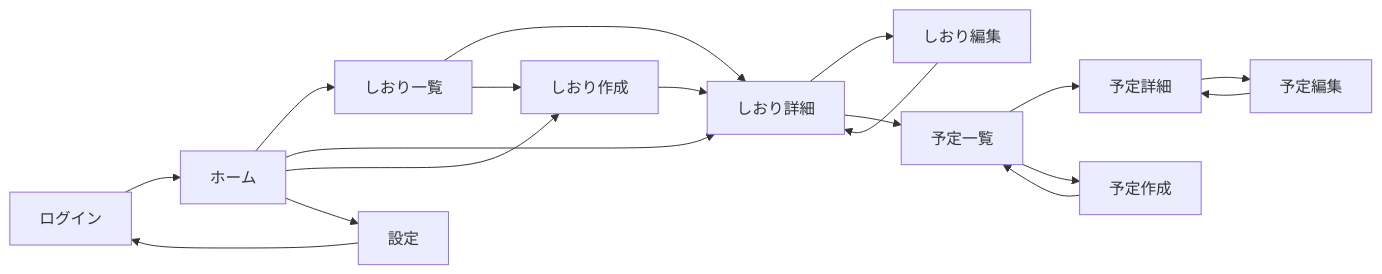
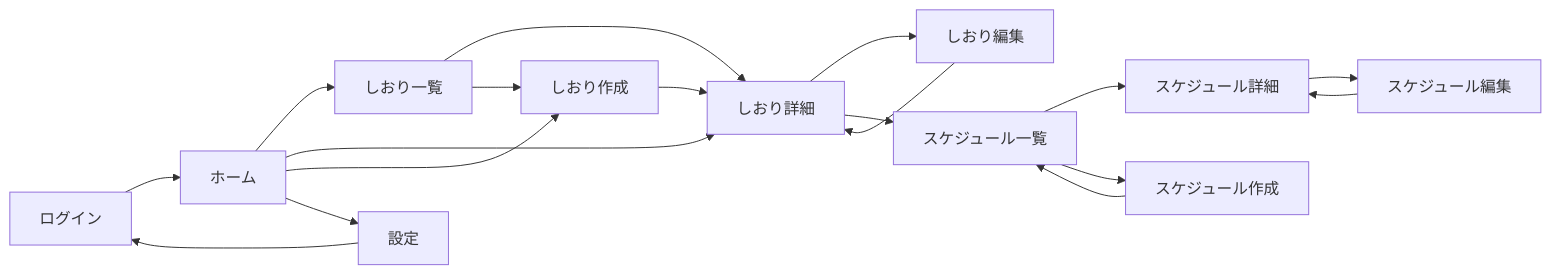
One commit to yjn279/shiori changed the diagram in docs/screen-requirements.md. Above: the diagram before and after it, drawn with Mermaid. The commit also changed other lines of this file and 3 other files, not shown here.

````diff
--- a/docs/screen-requirements.md
+++ b/docs/screen-requirements.md
@@ -354,20 +347,20 @@
 ```mermaid
 flowchart LR
   login[ログイン] --> home[ホーム]
   home --> shioriList[しおり一覧]
   home --> shioriDetail[しおり詳細]
   home --> shioriCreate[しおり作成]
   home --> settings[設定]
   shioriList --> shioriDetail
   shioriList --> shioriCreate
   shioriDetail --> shioriEdit[しおり編集]
-  shioriDetail --> scheduleList[予定一覧]
+  shioriDetail --> scheduleList[スケジュール一覧]
   shioriEdit --> shioriDetail
   shioriCreate --> shioriDetail
-  scheduleList --> scheduleDetail[予定詳細]
-  scheduleList --> scheduleCreate[予定作成]
-  scheduleDetail --> scheduleEdit[予定編集]
+  scheduleList --> scheduleDetail[スケジュール詳細]
+  scheduleList --> scheduleCreate[スケジュール作成]
+  scheduleDetail --> scheduleEdit[スケジュール編集]
   scheduleCreate --> scheduleList
   scheduleEdit --> scheduleDetail
   settings --> login
 ```
````
